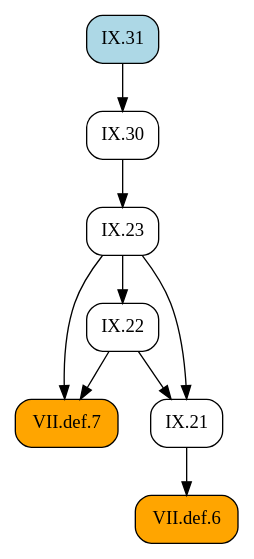
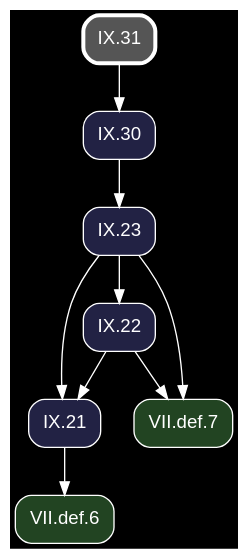
Before and after one commit to geometor/elements: the diagram in docsrc/heath/IX/31/index.rst, drawn with Graphviz. The commit also changed other lines of this file and 1200 other files, not shown here.

Commit message:
update dependency graphs

```diff
--- a/docsrc/heath/IX/31/index.rst
+++ b/docsrc/heath/IX/31/index.rst
@@ -40,21 +40,23 @@
 .. graphviz::
 
    digraph {
+     bgcolor="black";
+     node [shape=box, style="rounded,filled", fontname="Helvetica", color="white", fontcolor="white"];
+     edge [color="white", fontcolor="white"];
      rankdir="TB";
-     node [shape=box, style=rounded];
-     "VII.def.6" [style="rounded,filled", fillcolor=orange, URL="/heath/VII/def.6/", target="_top"];
-     "IX.30" [URL="/heath/IX/30/", target="_top"];
-     "IX.22" [URL="/heath/IX/22/", target="_top"];
-     "IX.23" [URL="/heath/IX/23/", target="_top"];
-     "VII.def.7" [style="rounded,filled", fillcolor=orange, URL="/heath/VII/def.7/", target="_top"];
-     "IX.21" [URL="/heath/IX/21/", target="_top"];
-     "IX.31" [style="rounded,filled", fillcolor=lightblue, URL="/heath/IX/31/", target="_top"];
-     "IX.21" -> "VII.def.6";
+     "IX.21" [fillcolor="#222244", URL="/heath/IX/21/", target="_top"];
+     "IX.30" [fillcolor="#222244", URL="/heath/IX/30/", target="_top"];
+     "IX.31" [penwidth=3, color="white", fillcolor="#555555", URL="/heath/IX/31/", target="_top"];
+     "VII.def.7" [fillcolor="#224422", URL="/heath/VII/def.7/", target="_top"];
+     "IX.23" [fillcolor="#222244", URL="/heath/IX/23/", target="_top"];
+     "IX.22" [fillcolor="#222244", URL="/heath/IX/22/", target="_top"];
+     "VII.def.6" [fillcolor="#224422", URL="/heath/VII/def.6/", target="_top"];
+     "IX.22" -> "IX.21";
+     "IX.23" -> "IX.21";
      "IX.31" -> "IX.30";
-     "IX.23" -> "IX.22";
-     "IX.30" -> "IX.23";
      "IX.22" -> "VII.def.7";
      "IX.23" -> "VII.def.7";
-     "IX.22" -> "IX.21";
-     "IX.23" -> "IX.21";
+     "IX.30" -> "IX.23";
+     "IX.23" -> "IX.22";
+     "IX.21" -> "VII.def.6";
    }
```
